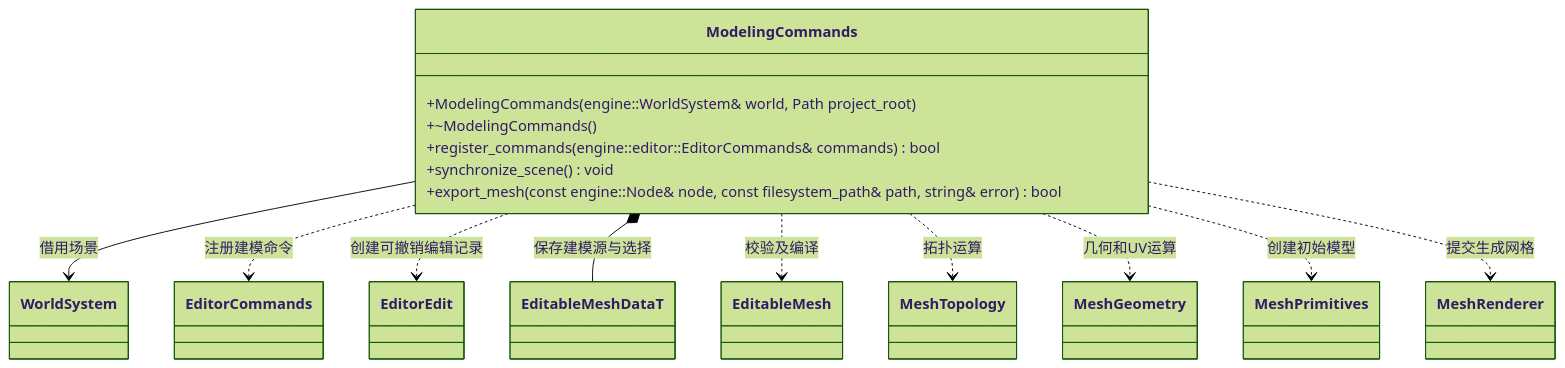
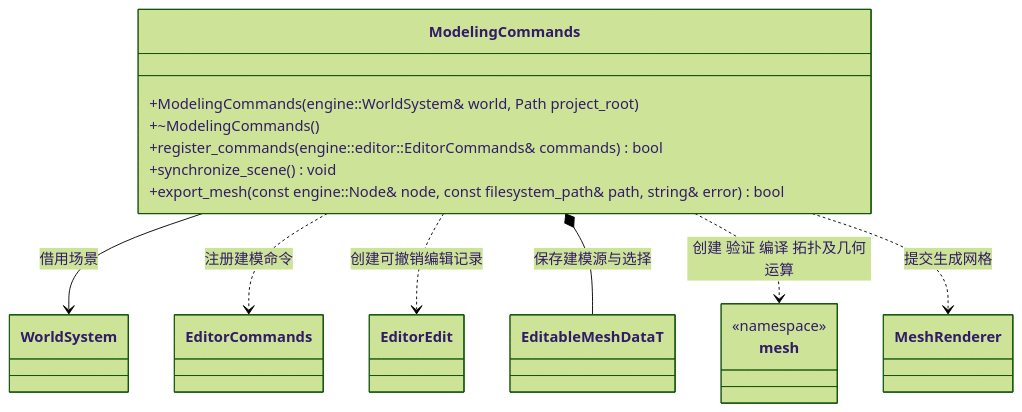
The diagram in docs/plugins/editor/class-diagrams/modeling-commands.md (lcals/Engine), drawn with Mermaid (forest theme) before and after one commit. The commit also changed other lines of this file and 133 other files, not shown here.

Commit message:
Simplify engine implementations under reviewed class diagrams

````diff
--- a/docs/plugins/editor/class-diagrams/modeling-commands.md
+++ b/docs/plugins/editor/class-diagrams/modeling-commands.md
@@ -10,28 +12,24 @@
 ```mermaid
 classDiagram
     class ModelingCommands {
         +ModelingCommands(engine::WorldSystem& world, Path project_root)
         +~ModelingCommands()
         +register_commands(engine::editor::EditorCommands& commands) bool
         +synchronize_scene() void
         +export_mesh(const engine::Node& node, const filesystem_path& path, string& error) bool
     }
     class WorldSystem
     class EditorCommands
     class EditorEdit
-    class EditableMesh
-    class MeshTopology
-    class MeshGeometry
-    class MeshPrimitives
+    class mesh {
+        <<namespace>>
+    }
     class MeshRenderer
     class EditableMeshDataT
     ModelingCommands --> WorldSystem : 借用场景
     ModelingCommands ..> EditorCommands : 注册建模命令
     ModelingCommands ..> EditorEdit : 创建可撤销编辑记录
     ModelingCommands *-- EditableMeshDataT : 保存建模源与选择
-    ModelingCommands ..> EditableMesh : 校验及编译
-    ModelingCommands ..> MeshTopology : 拓扑运算
-    ModelingCommands ..> MeshGeometry : 几何和UV运算
-    ModelingCommands ..> MeshPrimitives : 创建初始模型
+    ModelingCommands ..> mesh : 创建 验证 编译 拓扑及几何运算
     ModelingCommands ..> MeshRenderer : 提交生成网格
 ```
````
